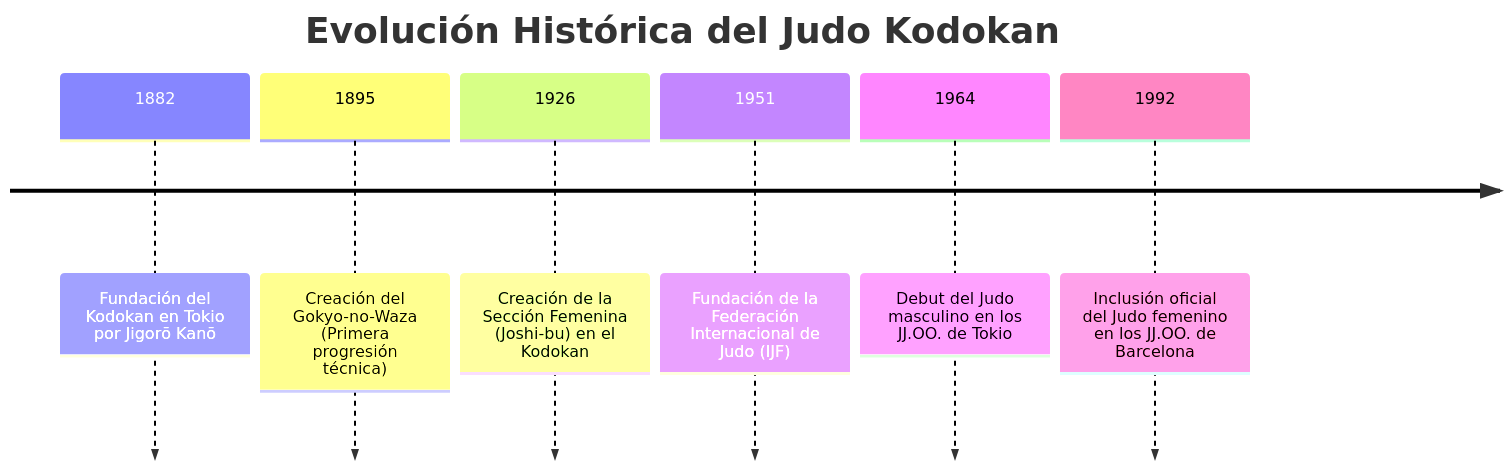
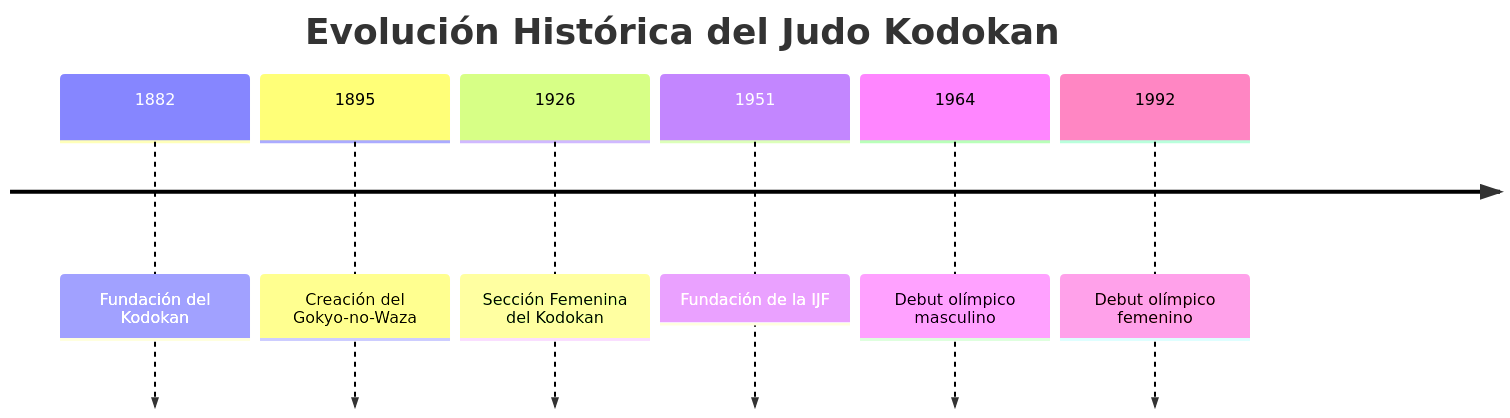
The first of 4 diagrams in README.md (chelochambi/judo), drawn with Mermaid before and after one commit. The commit also changed other lines of this file, not shown here.

````diff
--- a/README.md
+++ b/README.md
@@ -16,10 +24,10 @@
 ```mermaid
 timeline
     title Evolución Histórica del Judo Kodokan
-    1882 : Fundación del Kodokan en Tokio por Jigorō Kanō
-    1895 : Creación del Gokyo-no-Waza (Primera progresión técnica)
-    1926 : Creación de la Sección Femenina (Joshi-bu) en el Kodokan
-    1951 : Fundación de la Federación Internacional de Judo (IJF)
-    1964 : Debut del Judo masculino en los JJ.OO. de Tokio
-    1992 : Inclusión oficial del Judo femenino en los JJ.OO. de Barcelona
+    1882 : Fundación del Kodokan
+    1895 : Creación del Gokyo-no-Waza
+    1926 : Sección Femenina del Kodokan
+    1951 : Fundación de la IJF
+    1964 : Debut olímpico masculino
+    1992 : Debut olímpico femenino
 ```
````
